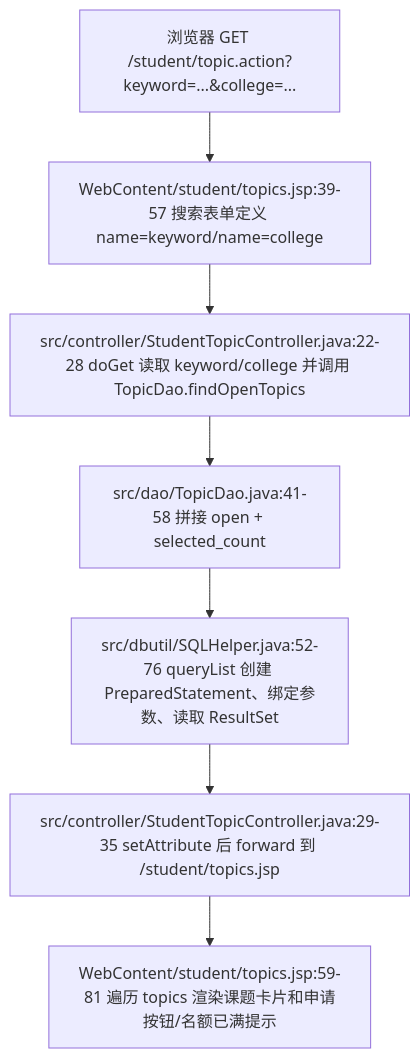
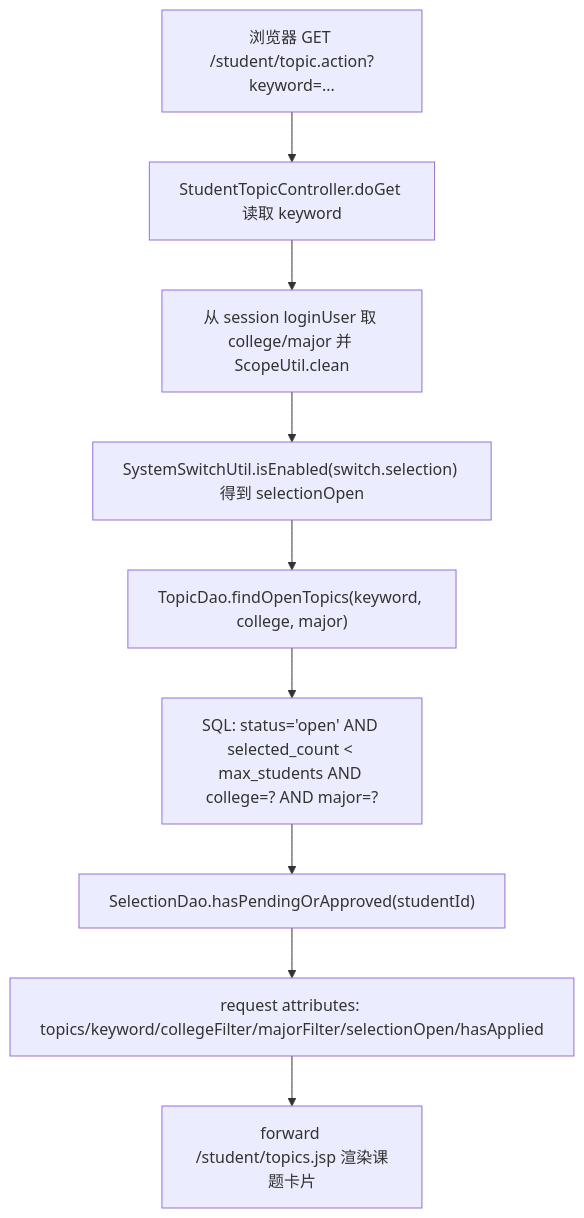
One commit to guangxiangdebizi/graduation-design-management-system changed the first of 6 diagrams in docs/网络数据流详解/parts/02-topic-selection.md. Above: the diagram before and after it, drawn with Mermaid. The commit also changed other lines of this file and 8 other files, not shown here.

First line of the commit message:
refactor project documentation and enhance network data flow details

````diff
--- a/docs/网络数据流详解/parts/02-topic-selection.md
+++ b/docs/网络数据流详解/parts/02-topic-selection.md
@@ -56,9 +66,11 @@
 ```mermaid
 flowchart TD
-    A["浏览器 GET /student/topic.action?keyword=...&college=..."] --> B["WebContent/student/topics.jsp:39-57 搜索表单定义 name=keyword/name=college"]
-    B --> C["src/controller/StudentTopicController.java:22-28 doGet 读取 keyword/college 并调用 TopicDao.findOpenTopics"]
-    C --> D["src/dao/TopicDao.java:41-58 拼接 open + selected_count<max_students + 可选 keyword/college SQL"]
-    D --> E["src/dbutil/SQLHelper.java:52-76 queryList 创建 PreparedStatement、绑定参数、读取 ResultSet"]
-    E --> F["src/controller/StudentTopicController.java:29-35 setAttribute 后 forward 到 /student/topics.jsp"]
-    F --> G["WebContent/student/topics.jsp:59-81 遍历 topics 渲染课题卡片和申请按钮/名额已满提示"]
+    A["浏览器 GET /student/topic.action?keyword=..."] --> B["StudentTopicController.doGet 读取 keyword"]
+    B --> C["从 session loginUser 取 college/major 并 ScopeUtil.clean"]
+    C --> D["SystemSwitchUtil.isEnabled(switch.selection) 得到 selectionOpen"]
+    D --> E["TopicDao.findOpenTopics(keyword, college, major)"]
+    E --> F["SQL: status='open' AND selected_count < max_students AND college=? AND major=?"]
+    F --> G["SelectionDao.hasPendingOrApproved(studentId)"]
+    G --> H["request attributes: topics/keyword/collegeFilter/majorFilter/selectionOpen/hasApplied"]
+    H --> I["forward /student/topics.jsp 渲染课题卡片"]
 ```
````
